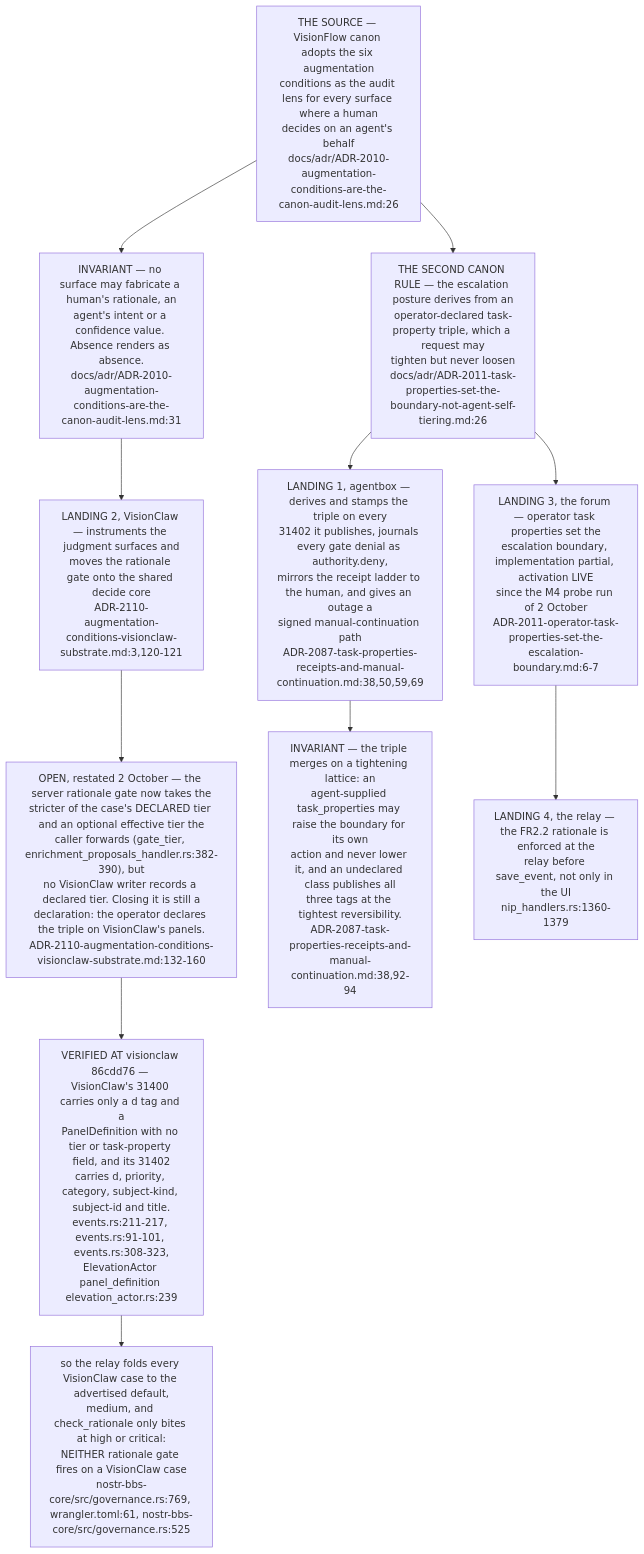
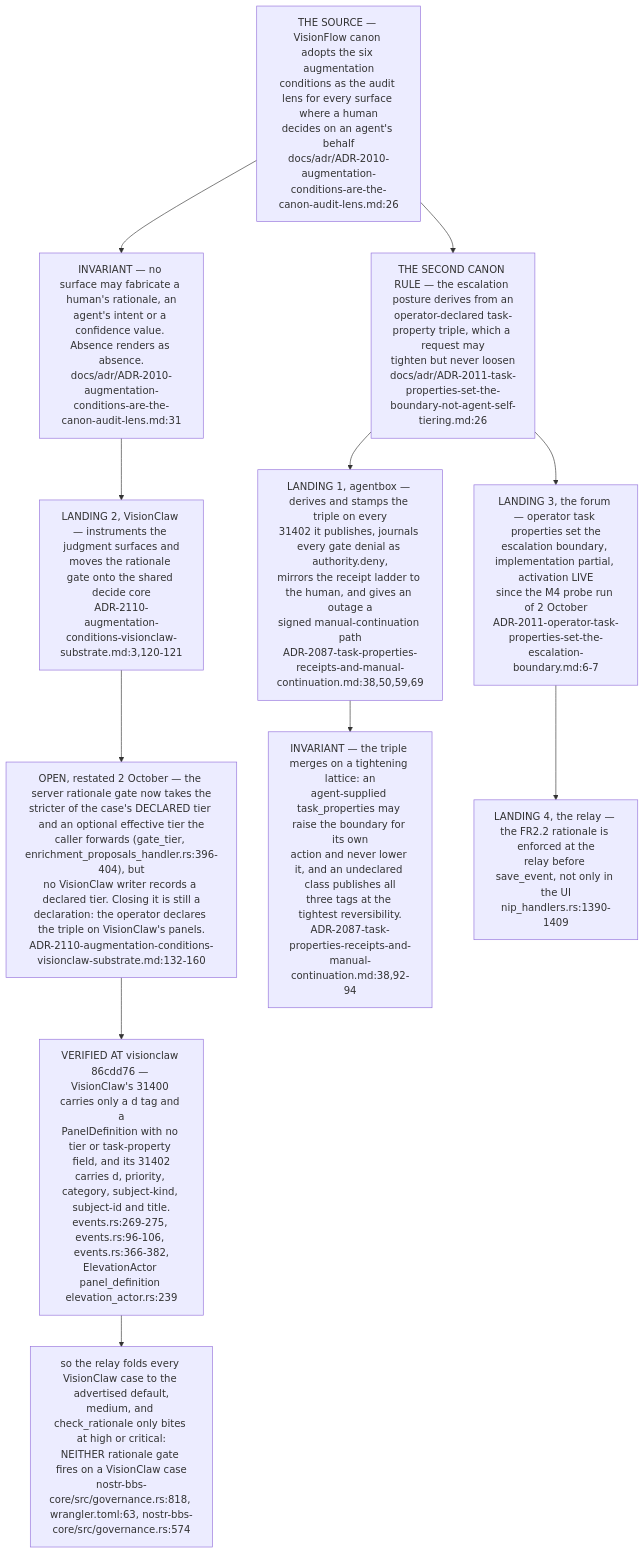
Before and after one commit to DreamLab-AI/VisionFlow: the eighth of 12 diagrams in docs/diagrams/estate/05-governance-loop-across-estate.md, drawn with Mermaid. The commit also changed other lines of this file and 6 other files, not shown here.

````diff
--- a/docs/diagrams/estate/05-governance-loop-across-estate.md
+++ b/docs/diagrams/estate/05-governance-loop-across-estate.md
@@ -249,27 +249,27 @@
 ```mermaid
 flowchart TB
     CANON["THE SOURCE — VisionFlow canon adopts the six augmentation<br/>conditions as the audit lens for every surface where a human<br/>decides on an agent's behalf<br/>docs/adr/ADR-2010-augmentation-conditions-are-the-canon-audit-lens.md:26"]
     RULE["INVARIANT — no surface may fabricate a human's rationale, an<br/>agent's intent or a confidence value. Absence renders as absence.<br/>docs/adr/ADR-2010-augmentation-conditions-are-the-canon-audit-lens.md:31"]
     BOUND["THE SECOND CANON RULE — the escalation posture derives from an<br/>operator-declared task-property triple, which a request may<br/>tighten but never loosen<br/>docs/adr/ADR-2011-task-properties-set-the-boundary-not-agent-self-tiering.md:26"]
     CANON --> RULE
     CANON --> BOUND
 
     AB["LANDING 1, agentbox — derives and stamps the triple on every<br/>31402 it publishes, journals every gate denial as authority.deny,<br/>mirrors the receipt ladder to the human, and gives an outage a<br/>signed manual-continuation path<br/>ADR-2087-task-properties-receipts-and-manual-continuation.md:38,50,59,69"]
     VC["LANDING 2, VisionClaw — instruments the judgment surfaces and<br/>moves the rationale gate onto the shared decide core<br/>ADR-2110-augmentation-conditions-visionclaw-substrate.md:3,120-121"]
     FRM["LANDING 3, the forum — operator task properties set the<br/>escalation boundary, implementation partial, activation LIVE<br/>since the M4 probe run of 2 October<br/>ADR-2011-operator-task-properties-set-the-escalation-boundary.md:6-7"]
-    REL["LANDING 4, the relay — the FR2.2 rationale is enforced at the<br/>relay before save_event, not only in the UI<br/>nip_handlers.rs:1360-1379"]
+    REL["LANDING 4, the relay — the FR2.2 rationale is enforced at the<br/>relay before save_event, not only in the UI<br/>nip_handlers.rs:1390-1409"]
 
     BOUND --> AB
     RULE --> VC
     BOUND --> FRM
     FRM --> REL
 
-    OPEN["OPEN, restated 2 October — the server rationale gate now takes the<br/>stricter of the case's DECLARED tier and an optional effective tier the<br/>caller forwards (gate_tier, enrichment_proposals_handler.rs:382-390), but<br/>no VisionClaw writer records a declared tier. Closing it is still a<br/>declaration: the operator declares the triple on VisionClaw's panels.<br/>ADR-2110-augmentation-conditions-visionclaw-substrate.md:132-160"]
-    NOTIER["VERIFIED AT visionclaw 86cdd76 — VisionClaw's 31400 carries only a d tag and a<br/>PanelDefinition with no tier or task-property field, and its 31402<br/>carries d, priority, category, subject-kind, subject-id and title.<br/>events.rs:211-217, events.rs:91-101, events.rs:308-323,<br/>ElevationActor panel_definition elevation_actor.rs:239"]
-    MED["so the relay folds every VisionClaw case to the advertised default,<br/>medium, and check_rationale only bites at high or critical:<br/>NEITHER rationale gate fires on a VisionClaw case<br/>nostr-bbs-core/src/governance.rs:769, wrangler.toml:61, nostr-bbs-core/src/governance.rs:525"]
+    OPEN["OPEN, restated 2 October — the server rationale gate now takes the<br/>stricter of the case's DECLARED tier and an optional effective tier the<br/>caller forwards (gate_tier, enrichment_proposals_handler.rs:396-404), but<br/>no VisionClaw writer records a declared tier. Closing it is still a<br/>declaration: the operator declares the triple on VisionClaw's panels.<br/>ADR-2110-augmentation-conditions-visionclaw-substrate.md:132-160"]
+    NOTIER["VERIFIED AT visionclaw 86cdd76 — VisionClaw's 31400 carries only a d tag and a<br/>PanelDefinition with no tier or task-property field, and its 31402<br/>carries d, priority, category, subject-kind, subject-id and title.<br/>events.rs:269-275, events.rs:96-106, events.rs:366-382,<br/>ElevationActor panel_definition elevation_actor.rs:239"]
+    MED["so the relay folds every VisionClaw case to the advertised default,<br/>medium, and check_rationale only bites at high or critical:<br/>NEITHER rationale gate fires on a VisionClaw case<br/>nostr-bbs-core/src/governance.rs:818, wrangler.toml:63, nostr-bbs-core/src/governance.rs:574"]
     OPEN --> NOTIER --> MED
     VC --> OPEN
 
     TIGHT["INVARIANT — the triple merges on a tightening lattice: an<br/>agent-supplied task_properties may raise the boundary for its own<br/>action and never lower it, and an undeclared class publishes all<br/>three tags at the tightest reversibility.<br/>ADR-2087-task-properties-receipts-and-manual-continuation.md:38,92-94"]
     AB --> TIGHT
 ```
````
